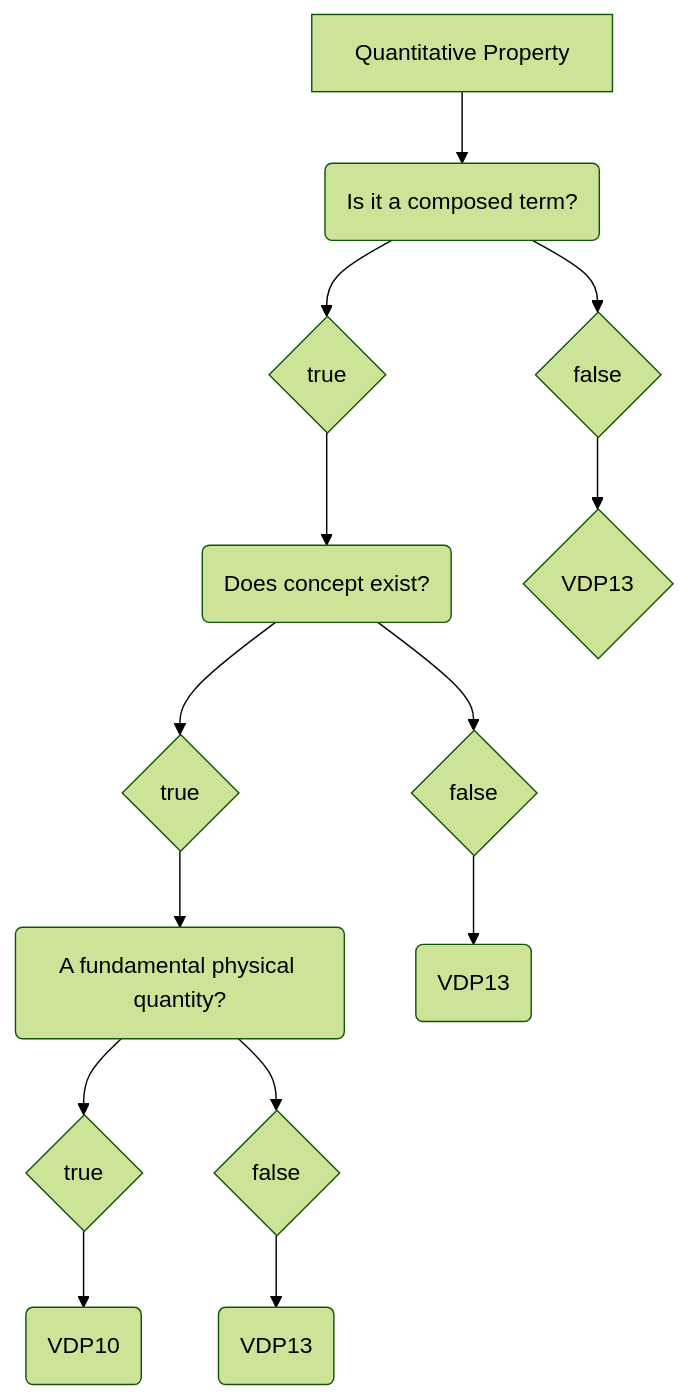
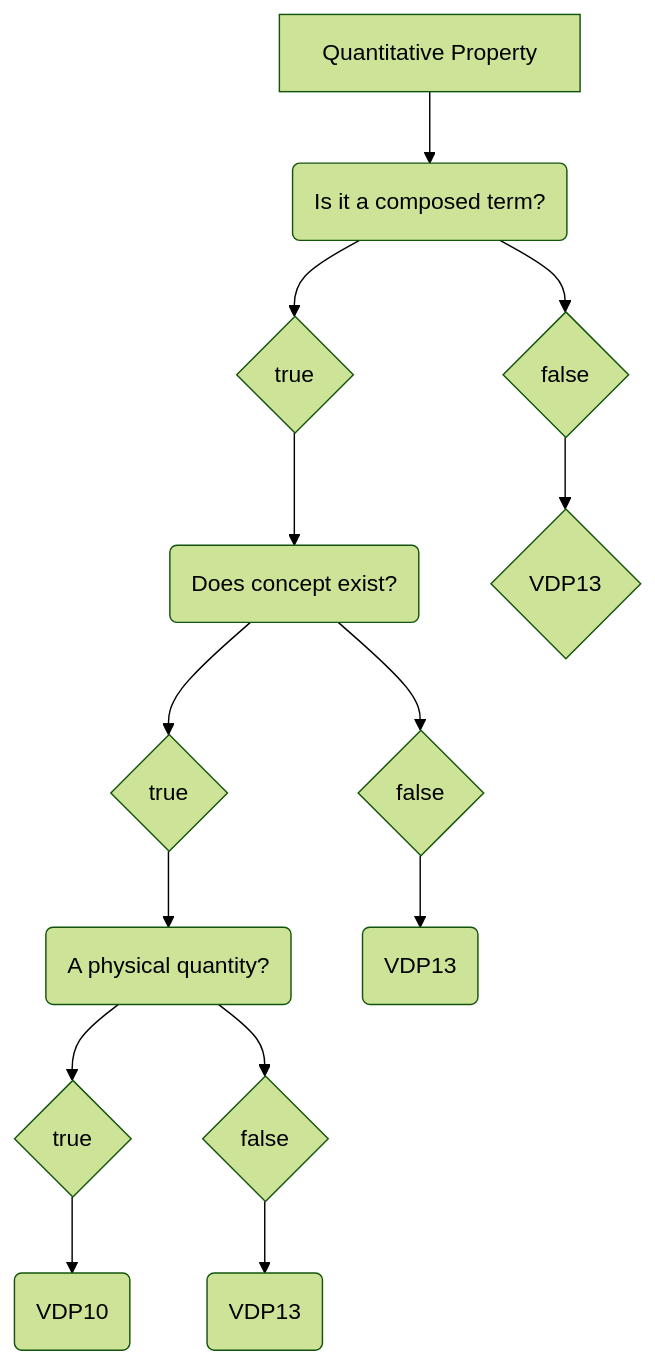
Before and after one commit to mabablue/I-ADOPT-patterns-playground: the diagram in Decisition_trees/DT1.mmd, drawn with Mermaid (forest theme).

```diff
--- a/Decisition_trees/DT1.mmd
+++ b/Decisition_trees/DT1.mmd
@@ -1,14 +1,14 @@
 flowchart TD
     A[Quantitative Property] --> B(Is it a composed term?)
     B --> C{true}
     B --> D{false}
     C --> E(Does concept exist?) 
     E --> F{true}
     E --> G{false}
-    F --> H(A fundamental physical quantity?)
+    F --> H(A physical quantity?)
     D --> I{VDP13} 
     G --> J(VDP13)
     H --> L{true}
     L --> M(VDP10)
     H --> N{false}
     N --> O(VDP13)
```
